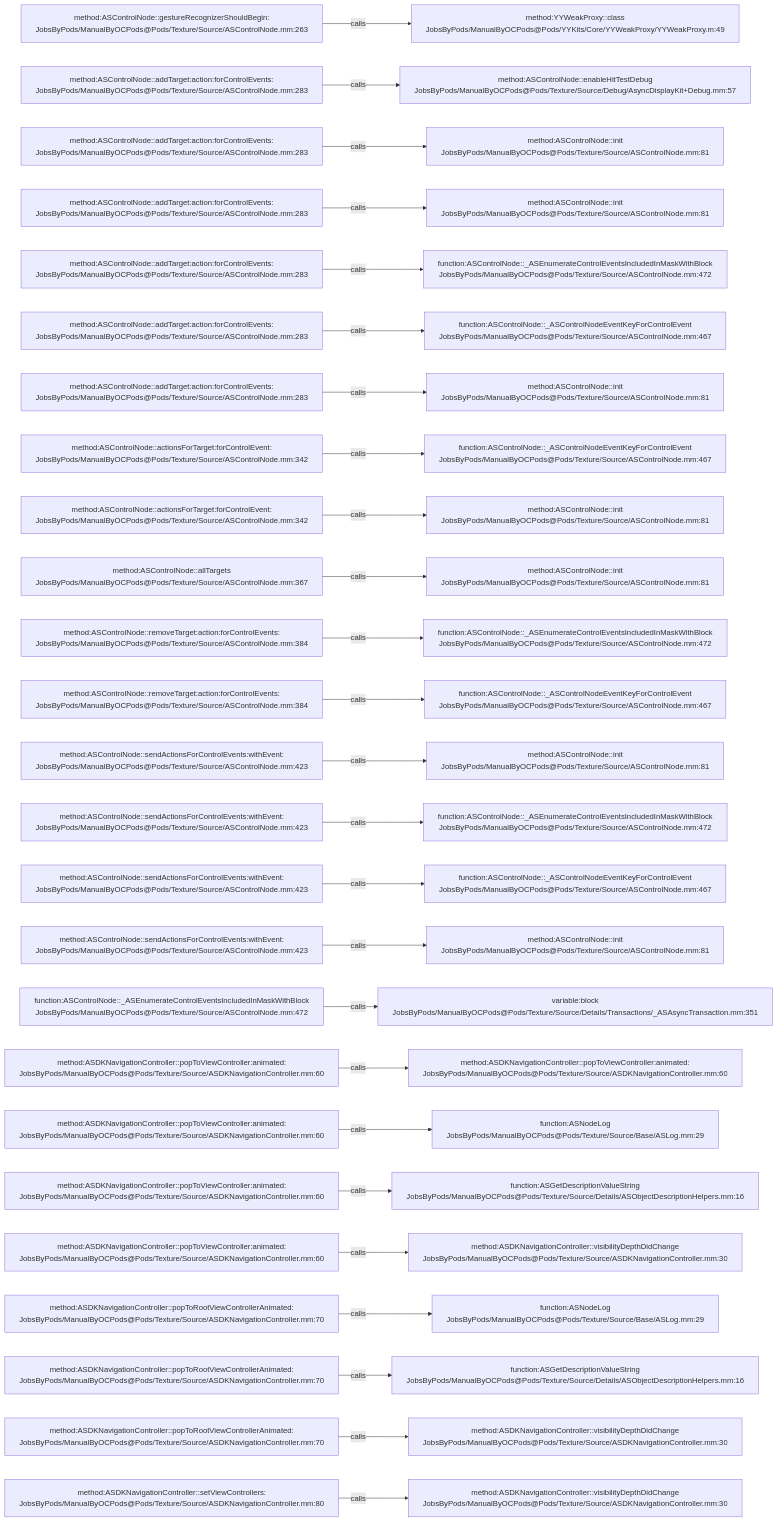
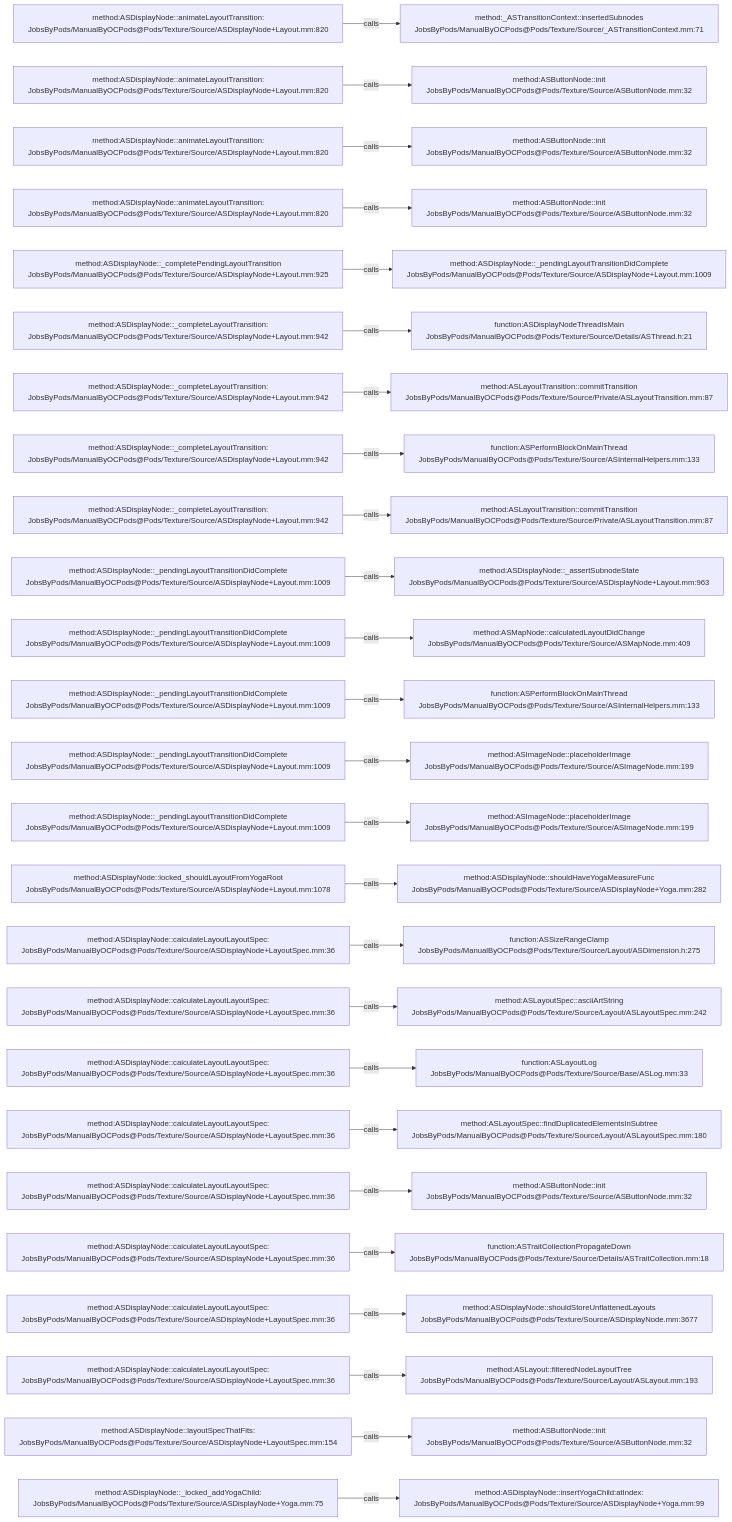
One commit to JobsKits/JobsOCBaseConfigDemo changed the diagram in .codegraph/codegraph.md/graphs/calls-079.md. Above: the diagram before and after it, drawn with Mermaid. The commit also changed 2723 other files, not shown here.

````diff
--- a/.codegraph/codegraph.md/graphs/calls-079.md
+++ b/.codegraph/codegraph.md/graphs/calls-079.md
@@ -13,78 +13,78 @@
 ```mermaid
 flowchart LR
-  S1["method:ASControlNode::gestureRecognizerShouldBegin:<br/>JobsByPods/ManualByOCPods@Pods/Texture/Source/ASControlNode.mm:263"]
-  T1["method:YYWeakProxy::class<br/>JobsByPods/ManualByOCPods@Pods/YYKits/Core/YYWeakProxy/YYWeakProxy.m:49"]
+  S1["method:ASDisplayNode::animateLayoutTransition:<br/>JobsByPods/ManualByOCPods@Pods/Texture/Source/ASDisplayNode+Layout.mm:820"]
+  T1["method:_ASTransitionContext::insertedSubnodes<br/>JobsByPods/ManualByOCPods@Pods/Texture/Source/_ASTransitionContext.mm:71"]
   S1 -->|calls| T1
-  S2["method:ASControlNode::addTarget:action:forControlEvents:<br/>JobsByPods/ManualByOCPods@Pods/Texture/Source/ASControlNode.mm:283"]
-  T2["method:ASControlNode::enableHitTestDebug<br/>JobsByPods/ManualByOCPods@Pods/Texture/Source/Debug/AsyncDisplayKit+Debug.mm:57"]
+  S2["method:ASDisplayNode::animateLayoutTransition:<br/>JobsByPods/ManualByOCPods@Pods/Texture/Source/ASDisplayNode+Layout.mm:820"]
+  T2["method:ASButtonNode::init<br/>JobsByPods/ManualByOCPods@Pods/Texture/Source/ASButtonNode.mm:32"]
   S2 -->|calls| T2
-  S3["method:ASControlNode::addTarget:action:forControlEvents:<br/>JobsByPods/ManualByOCPods@Pods/Texture/Source/ASControlNode.mm:283"]
-  T3["method:ASControlNode::init<br/>JobsByPods/ManualByOCPods@Pods/Texture/Source/ASControlNode.mm:81"]
+  S3["method:ASDisplayNode::animateLayoutTransition:<br/>JobsByPods/ManualByOCPods@Pods/Texture/Source/ASDisplayNode+Layout.mm:820"]
+  T3["method:ASButtonNode::init<br/>JobsByPods/ManualByOCPods@Pods/Texture/Source/ASButtonNode.mm:32"]
   S3 -->|calls| T3
-  S4["method:ASControlNode::addTarget:action:forControlEvents:<br/>JobsByPods/ManualByOCPods@Pods/Texture/Source/ASControlNode.mm:283"]
-  T4["method:ASControlNode::init<br/>JobsByPods/ManualByOCPods@Pods/Texture/Source/ASControlNode.mm:81"]
+  S4["method:ASDisplayNode::animateLayoutTransition:<br/>JobsByPods/ManualByOCPods@Pods/Texture/Source/ASDisplayNode+Layout.mm:820"]
+  T4["method:ASButtonNode::init<br/>JobsByPods/ManualByOCPods@Pods/Texture/Source/ASButtonNode.mm:32"]
   S4 -->|calls| T4
-  S5["method:ASControlNode::addTarget:action:forControlEvents:<br/>JobsByPods/ManualByOCPods@Pods/Texture/Source/ASControlNode.mm:283"]
-  T5["function:ASControlNode::_ASEnumerateControlEventsIncludedInMaskWithBlock<br/>JobsByPods/ManualByOCPods@Pods/Texture/Source/ASControlNode.mm:472"]
+  S5["method:ASDisplayNode::_completePendingLayoutTransition<br/>JobsByPods/ManualByOCPods@Pods/Texture/Source/ASDisplayNode+Layout.mm:925"]
+  T5["method:ASDisplayNode::_pendingLayoutTransitionDidComplete<br/>JobsByPods/ManualByOCPods@Pods/Texture/Source/ASDisplayNode+Layout.mm:1009"]
   S5 -->|calls| T5
-  S6["method:ASControlNode::addTarget:action:forControlEvents:<br/>JobsByPods/ManualByOCPods@Pods/Texture/Source/ASControlNode.mm:283"]
-  T6["function:ASControlNode::_ASControlNodeEventKeyForControlEvent<br/>JobsByPods/ManualByOCPods@Pods/Texture/Source/ASControlNode.mm:467"]
+  S6["method:ASDisplayNode::_completeLayoutTransition:<br/>JobsByPods/ManualByOCPods@Pods/Texture/Source/ASDisplayNode+Layout.mm:942"]
+  T6["function:ASDisplayNodeThreadIsMain<br/>JobsByPods/ManualByOCPods@Pods/Texture/Source/Details/ASThread.h:21"]
   S6 -->|calls| T6
-  S7["method:ASControlNode::addTarget:action:forControlEvents:<br/>JobsByPods/ManualByOCPods@Pods/Texture/Source/ASControlNode.mm:283"]
-  T7["method:ASControlNode::init<br/>JobsByPods/ManualByOCPods@Pods/Texture/Source/ASControlNode.mm:81"]
+  S7["method:ASDisplayNode::_completeLayoutTransition:<br/>JobsByPods/ManualByOCPods@Pods/Texture/Source/ASDisplayNode+Layout.mm:942"]
+  T7["method:ASLayoutTransition::commitTransition<br/>JobsByPods/ManualByOCPods@Pods/Texture/Source/Private/ASLayoutTransition.mm:87"]
   S7 -->|calls| T7
-  S8["method:ASControlNode::actionsForTarget:forControlEvent:<br/>JobsByPods/ManualByOCPods@Pods/Texture/Source/ASControlNode.mm:342"]
-  T8["function:ASControlNode::_ASControlNodeEventKeyForControlEvent<br/>JobsByPods/ManualByOCPods@Pods/Texture/Source/ASControlNode.mm:467"]
+  S8["method:ASDisplayNode::_completeLayoutTransition:<br/>JobsByPods/ManualByOCPods@Pods/Texture/Source/ASDisplayNode+Layout.mm:942"]
+  T8["function:ASPerformBlockOnMainThread<br/>JobsByPods/ManualByOCPods@Pods/Texture/Source/ASInternalHelpers.mm:133"]
   S8 -->|calls| T8
-  S9["method:ASControlNode::actionsForTarget:forControlEvent:<br/>JobsByPods/ManualByOCPods@Pods/Texture/Source/ASControlNode.mm:342"]
-  T9["method:ASControlNode::init<br/>JobsByPods/ManualByOCPods@Pods/Texture/Source/ASControlNode.mm:81"]
+  S9["method:ASDisplayNode::_completeLayoutTransition:<br/>JobsByPods/ManualByOCPods@Pods/Texture/Source/ASDisplayNode+Layout.mm:942"]
+  T9["method:ASLayoutTransition::commitTransition<br/>JobsByPods/ManualByOCPods@Pods/Texture/Source/Private/ASLayoutTransition.mm:87"]
   S9 -->|calls| T9
-  S10["method:ASControlNode::allTargets<br/>JobsByPods/ManualByOCPods@Pods/Texture/Source/ASControlNode.mm:367"]
-  T10["method:ASControlNode::init<br/>JobsByPods/ManualByOCPods@Pods/Texture/Source/ASControlNode.mm:81"]
+  S10["method:ASDisplayNode::_pendingLayoutTransitionDidComplete<br/>JobsByPods/ManualByOCPods@Pods/Texture/Source/ASDisplayNode+Layout.mm:1009"]
+  T10["method:ASDisplayNode::_assertSubnodeState<br/>JobsByPods/ManualByOCPods@Pods/Texture/Source/ASDisplayNode+Layout.mm:963"]
   S10 -->|calls| T10
-  S11["method:ASControlNode::removeTarget:action:forControlEvents:<br/>JobsByPods/ManualByOCPods@Pods/Texture/Source/ASControlNode.mm:384"]
-  T11["function:ASControlNode::_ASEnumerateControlEventsIncludedInMaskWithBlock<br/>JobsByPods/ManualByOCPods@Pods/Texture/Source/ASControlNode.mm:472"]
+  S11["method:ASDisplayNode::_pendingLayoutTransitionDidComplete<br/>JobsByPods/ManualByOCPods@Pods/Texture/Source/ASDisplayNode+Layout.mm:1009"]
+  T11["method:ASMapNode::calculatedLayoutDidChange<br/>JobsByPods/ManualByOCPods@Pods/Texture/Source/ASMapNode.mm:409"]
   S11 -->|calls| T11
-  S12["method:ASControlNode::removeTarget:action:forControlEvents:<br/>JobsByPods/ManualByOCPods@Pods/Texture/Source/ASControlNode.mm:384"]
-  T12["function:ASControlNode::_ASControlNodeEventKeyForControlEvent<br/>JobsByPods/ManualByOCPods@Pods/Texture/Source/ASControlNode.mm:467"]
+  S12["method:ASDisplayNode::_pendingLayoutTransitionDidComplete<br/>JobsByPods/ManualByOCPods@Pods/Texture/Source/ASDisplayNode+Layout.mm:1009"]
+  T12["function:ASPerformBlockOnMainThread<br/>JobsByPods/ManualByOCPods@Pods/Texture/Source/ASInternalHelpers.mm:133"]
   S12 -->|calls| T12
-  S13["method:ASControlNode::sendActionsForControlEvents:withEvent:<br/>JobsByPods/ManualByOCPods@Pods/Texture/Source/ASControlNode.mm:423"]
-  T13["method:ASControlNode::init<br/>JobsByPods/ManualByOCPods@Pods/Texture/Source/ASControlNode.mm:81"]
+  S13["method:ASDisplayNode::_pendingLayoutTransitionDidComplete<br/>JobsByPods/ManualByOCPods@Pods/Texture/Source/ASDisplayNode+Layout.mm:1009"]
+  T13["method:ASImageNode::placeholderImage<br/>JobsByPods/ManualByOCPods@Pods/Texture/Source/ASImageNode.mm:199"]
   S13 -->|calls| T13
-  S14["method:ASControlNode::sendActionsForControlEvents:withEvent:<br/>JobsByPods/ManualByOCPods@Pods/Texture/Source/ASControlNode.mm:423"]
-  T14["function:ASControlNode::_ASEnumerateControlEventsIncludedInMaskWithBlock<br/>JobsByPods/ManualByOCPods@Pods/Texture/Source/ASControlNode.mm:472"]
+  S14["method:ASDisplayNode::_pendingLayoutTransitionDidComplete<br/>JobsByPods/ManualByOCPods@Pods/Texture/Source/ASDisplayNode+Layout.mm:1009"]
+  T14["method:ASImageNode::placeholderImage<br/>JobsByPods/ManualByOCPods@Pods/Texture/Source/ASImageNode.mm:199"]
   S14 -->|calls| T14
-  S15["method:ASControlNode::sendActionsForControlEvents:withEvent:<br/>JobsByPods/ManualByOCPods@Pods/Texture/Source/ASControlNode.mm:423"]
-  T15["function:ASControlNode::_ASControlNodeEventKeyForControlEvent<br/>JobsByPods/ManualByOCPods@Pods/Texture/Source/ASControlNode.mm:467"]
+  S15["method:ASDisplayNode::locked_shouldLayoutFromYogaRoot<br/>JobsByPods/ManualByOCPods@Pods/Texture/Source/ASDisplayNode+Layout.mm:1078"]
+  T15["method:ASDisplayNode::shouldHaveYogaMeasureFunc<br/>JobsByPods/ManualByOCPods@Pods/Texture/Source/ASDisplayNode+Yoga.mm:282"]
   S15 -->|calls| T15
-  S16["method:ASControlNode::sendActionsForControlEvents:withEvent:<br/>JobsByPods/ManualByOCPods@Pods/Texture/Source/ASControlNode.mm:423"]
-  T16["method:ASControlNode::init<br/>JobsByPods/ManualByOCPods@Pods/Texture/Source/ASControlNode.mm:81"]
+  S16["method:ASDisplayNode::calculateLayoutLayoutSpec:<br/>JobsByPods/ManualByOCPods@Pods/Texture/Source/ASDisplayNode+LayoutSpec.mm:36"]
+  T16["function:ASSizeRangeClamp<br/>JobsByPods/ManualByOCPods@Pods/Texture/Source/Layout/ASDimension.h:275"]
   S16 -->|calls| T16
-  S17["function:ASControlNode::_ASEnumerateControlEventsIncludedInMaskWithBlock<br/>JobsByPods/ManualByOCPods@Pods/Texture/Source/ASControlNode.mm:472"]
-  T17["variable:block<br/>JobsByPods/ManualByOCPods@Pods/Texture/Source/Details/Transactions/_ASAsyncTransaction.mm:351"]
+  S17["method:ASDisplayNode::calculateLayoutLayoutSpec:<br/>JobsByPods/ManualByOCPods@Pods/Texture/Source/ASDisplayNode+LayoutSpec.mm:36"]
+  T17["method:ASLayoutSpec::asciiArtString<br/>JobsByPods/ManualByOCPods@Pods/Texture/Source/Layout/ASLayoutSpec.mm:242"]
   S17 -->|calls| T17
-  S18["method:ASDKNavigationController::popToViewController:animated:<br/>JobsByPods/ManualByOCPods@Pods/Texture/Source/ASDKNavigationController.mm:60"]
-  T18["method:ASDKNavigationController::popToViewController:animated:<br/>JobsByPods/ManualByOCPods@Pods/Texture/Source/ASDKNavigationController.mm:60"]
+  S18["method:ASDisplayNode::calculateLayoutLayoutSpec:<br/>JobsByPods/ManualByOCPods@Pods/Texture/Source/ASDisplayNode+LayoutSpec.mm:36"]
+  T18["function:ASLayoutLog<br/>JobsByPods/ManualByOCPods@Pods/Texture/Source/Base/ASLog.mm:33"]
   S18 -->|calls| T18
-  S19["method:ASDKNavigationController::popToViewController:animated:<br/>JobsByPods/ManualByOCPods@Pods/Texture/Source/ASDKNavigationController.mm:60"]
-  T19["function:ASNodeLog<br/>JobsByPods/ManualByOCPods@Pods/Texture/Source/Base/ASLog.mm:29"]
+  S19["method:ASDisplayNode::calculateLayoutLayoutSpec:<br/>JobsByPods/ManualByOCPods@Pods/Texture/Source/ASDisplayNode+LayoutSpec.mm:36"]
+  T19["method:ASLayoutSpec::findDuplicatedElementsInSubtree<br/>JobsByPods/ManualByOCPods@Pods/Texture/Source/Layout/ASLayoutSpec.mm:180"]
   S19 -->|calls| T19
-  S20["method:ASDKNavigationController::popToViewController:animated:<br/>JobsByPods/ManualByOCPods@Pods/Texture/Source/ASDKNavigationController.mm:60"]
-  T20["function:ASGetDescriptionValueString<br/>JobsByPods/ManualByOCPods@Pods/Texture/Source/Details/ASObjectDescriptionHelpers.mm:16"]
+  S20["method:ASDisplayNode::calculateLayoutLayoutSpec:<br/>JobsByPods/ManualByOCPods@Pods/Texture/Source/ASDisplayNode+LayoutSpec.mm:36"]
+  T20["method:ASButtonNode::init<br/>JobsByPods/ManualByOCPods@Pods/Texture/Source/ASButtonNode.mm:32"]
   S20 -->|calls| T20
-  S21["method:ASDKNavigationController::popToViewController:animated:<br/>JobsByPods/ManualByOCPods@Pods/Texture/Source/ASDKNavigationController.mm:60"]
-  T21["method:ASDKNavigationController::visibilityDepthDidChange<br/>JobsByPods/ManualByOCPods@Pods/Texture/Source/ASDKNavigationController.mm:30"]
+  S21["method:ASDisplayNode::calculateLayoutLayoutSpec:<br/>JobsByPods/ManualByOCPods@Pods/Texture/Source/ASDisplayNode+LayoutSpec.mm:36"]
+  T21["function:ASTraitCollectionPropagateDown<br/>JobsByPods/ManualByOCPods@Pods/Texture/Source/Details/ASTraitCollection.mm:18"]
   S21 -->|calls| T21
-  S22["method:ASDKNavigationController::popToRootViewControllerAnimated:<br/>JobsByPods/ManualByOCPods@Pods/Texture/Source/ASDKNavigationController.mm:70"]
-  T22["function:ASNodeLog<br/>JobsByPods/ManualByOCPods@Pods/Texture/Source/Base/ASLog.mm:29"]
+  S22["method:ASDisplayNode::calculateLayoutLayoutSpec:<br/>JobsByPods/ManualByOCPods@Pods/Texture/Source/ASDisplayNode+LayoutSpec.mm:36"]
+  T22["method:ASDisplayNode::shouldStoreUnflattenedLayouts<br/>JobsByPods/ManualByOCPods@Pods/Texture/Source/ASDisplayNode.mm:3677"]
   S22 -->|calls| T22
-  S23["method:ASDKNavigationController::popToRootViewControllerAnimated:<br/>JobsByPods/ManualByOCPods@Pods/Texture/Source/ASDKNavigationController.mm:70"]
-  T23["function:ASGetDescriptionValueString<br/>JobsByPods/ManualByOCPods@Pods/Texture/Source/Details/ASObjectDescriptionHelpers.mm:16"]
+  S23["method:ASDisplayNode::calculateLayoutLayoutSpec:<br/>JobsByPods/ManualByOCPods@Pods/Texture/Source/ASDisplayNode+LayoutSpec.mm:36"]
+  T23["method:ASLayout::filteredNodeLayoutTree<br/>JobsByPods/ManualByOCPods@Pods/Texture/Source/Layout/ASLayout.mm:193"]
   S23 -->|calls| T23
-  S24["method:ASDKNavigationController::popToRootViewControllerAnimated:<br/>JobsByPods/ManualByOCPods@Pods/Texture/Source/ASDKNavigationController.mm:70"]
-  T24["method:ASDKNavigationController::visibilityDepthDidChange<br/>JobsByPods/ManualByOCPods@Pods/Texture/Source/ASDKNavigationController.mm:30"]
+  S24["method:ASDisplayNode::layoutSpecThatFits:<br/>JobsByPods/ManualByOCPods@Pods/Texture/Source/ASDisplayNode+LayoutSpec.mm:154"]
+  T24["method:ASButtonNode::init<br/>JobsByPods/ManualByOCPods@Pods/Texture/Source/ASButtonNode.mm:32"]
   S24 -->|calls| T24
-  S25["method:ASDKNavigationController::setViewControllers:<br/>JobsByPods/ManualByOCPods@Pods/Texture/Source/ASDKNavigationController.mm:80"]
-  T25["method:ASDKNavigationController::visibilityDepthDidChange<br/>JobsByPods/ManualByOCPods@Pods/Texture/Source/ASDKNavigationController.mm:30"]
+  S25["method:ASDisplayNode::_locked_addYogaChild:<br/>JobsByPods/ManualByOCPods@Pods/Texture/Source/ASDisplayNode+Yoga.mm:75"]
+  T25["method:ASDisplayNode::insertYogaChild:atIndex:<br/>JobsByPods/ManualByOCPods@Pods/Texture/Source/ASDisplayNode+Yoga.mm:99"]
   S25 -->|calls| T25
 ```
````
